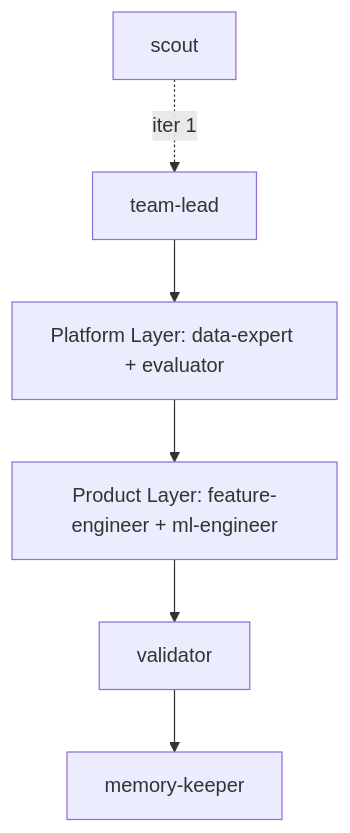
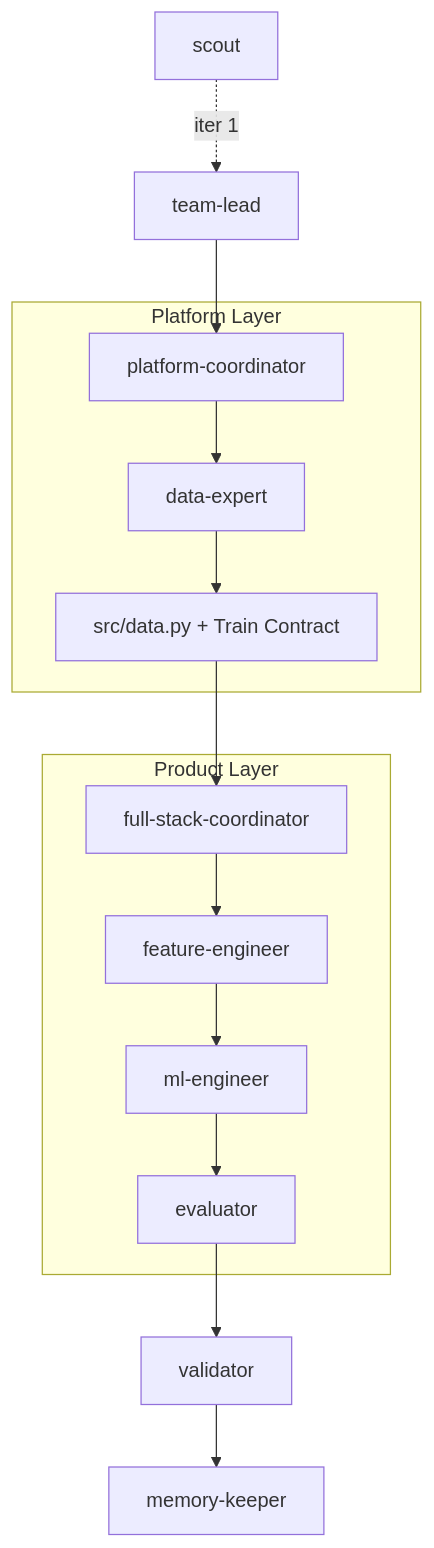
One commit to KameniAlexNea/gladius-agent changed the diagram in gladius/topologies/templates/platform.md. Above: the diagram before and after it, drawn with Mermaid. The commit also changed other lines of this file and 6 other files, not shown here.

Commit message:
feat: add platform-coordinator role and update topologies for platform layer execution

````diff
--- a/gladius/topologies/templates/platform.md
+++ b/gladius/topologies/templates/platform.md
@@ -9,8 +9,22 @@
 ```mermaid
 graph TD
     SC[scout] -.->|iter 1| TL[team-lead]
-    TL --> PL[Platform Layer: data-expert + evaluator]
-    PL --> PR[Product Layer: feature-engineer + ml-engineer]
-    PR --> V[validator]
+    
+    TL --> PL_Lead[platform-coordinator]
+
+    subgraph PL ["Platform Layer"]
+        PL_Lead --> DE[data-expert]
+        DE --> Contract[src/data.py + Train Contract]
+    end
+
+    Contract --> PR_Lead[full-stack-coordinator]
+
+    subgraph PR ["Product Layer"]
+        PR_Lead --> FE[feature-engineer]
+        FE --> ME[ml-engineer]
+        ME --> EV[evaluator]
+    end
+
+    EV --> V[validator]
     V --> MK[memory-keeper]
 ```
````
